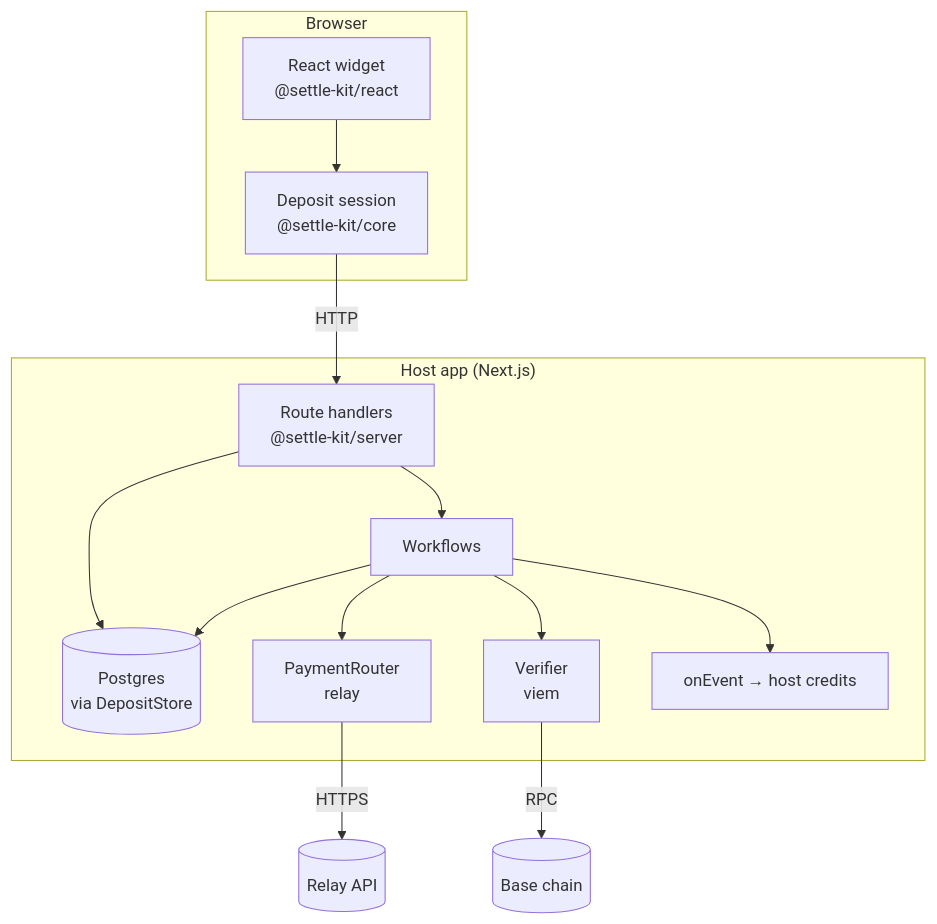
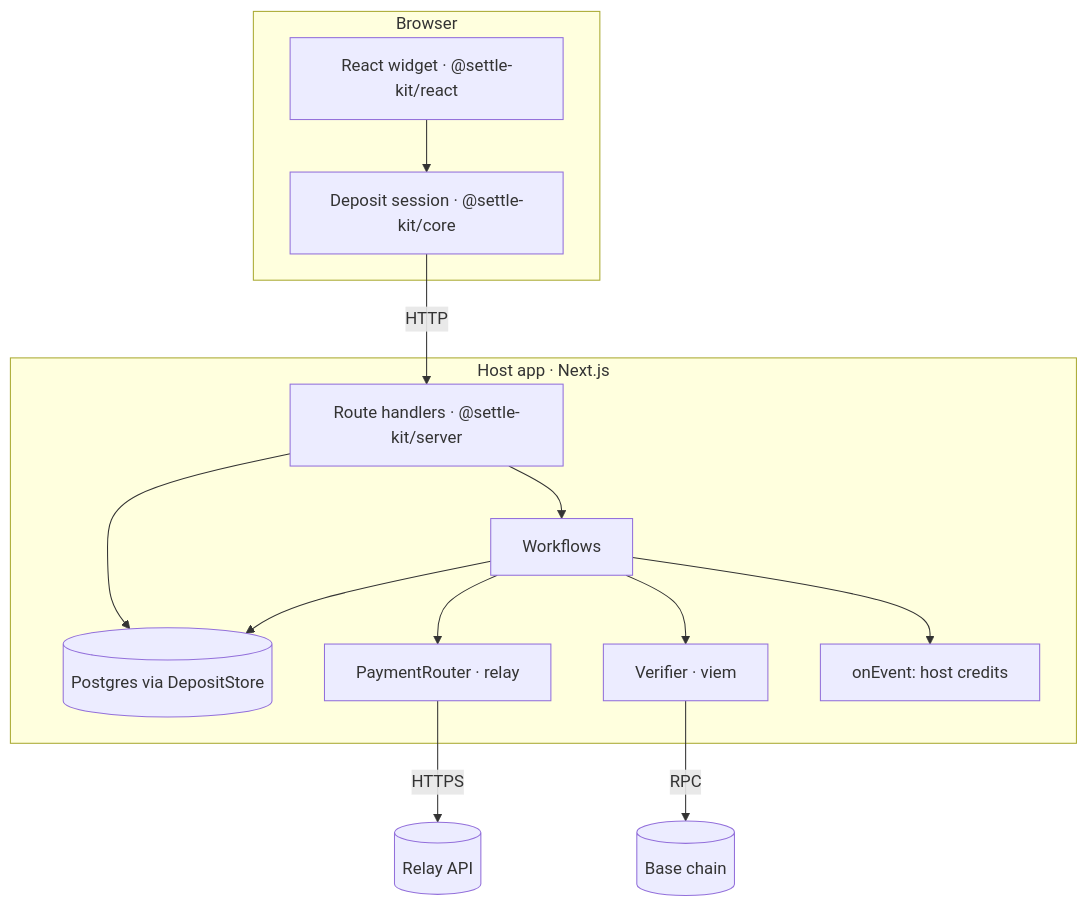
Before and after one commit to hivinaynair/settle-kit: the second of 2 diagrams in docs/plans/2026-10-13-deposit-kit-design.md, drawn with Mermaid. The commit also changed other lines of this file, not shown here.

Commit message:
docs(design): fix Mermaid diagrams for GitHub; drop vendor references

````diff
--- a/docs/plans/2026-10-13-deposit-kit-design.md
+++ b/docs/plans/2026-10-13-deposit-kit-design.md
@@ -88,17 +87,17 @@
 ```mermaid
 flowchart TB
-  subgraph Browser
-    W[React widget<br/>@settle-kit/react] --> S[Deposit session<br/>@settle-kit/core]
+  subgraph browser["Browser"]
+    W["React widget · @settle-kit/react"] --> S["Deposit session · @settle-kit/core"]
   end
-  subgraph "Host app (Next.js)"
-    H[Route handlers<br/>@settle-kit/server] --> WF[Workflows]
-    H --> DB[(Postgres<br/>via DepositStore)]
+  subgraph host["Host app · Next.js"]
+    H["Route handlers · @settle-kit/server"] --> WF["Workflows"]
+    H --> DB[("Postgres via DepositStore")]
     WF --> DB
-    WF --> R[PaymentRouter<br/>relay]
-    WF --> V[Verifier<br/>viem]
-    WF --> CB[onEvent → host credits]
+    WF --> R["PaymentRouter · relay"]
+    WF --> V["Verifier · viem"]
+    WF --> CB["onEvent: host credits"]
   end
   S -->|HTTP| H
-  R -->|HTTPS| RelayAPI[(Relay API)]
-  V -->|RPC| Base[(Base chain)]
+  R -->|HTTPS| RelayAPI[("Relay API")]
+  V -->|RPC| BaseChain[("Base chain")]
 ```
````
